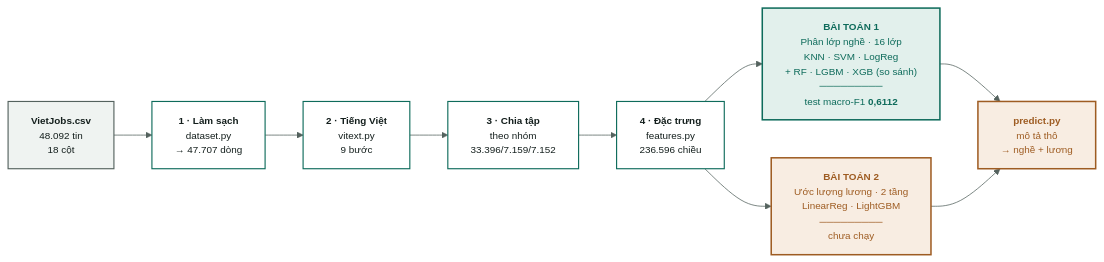
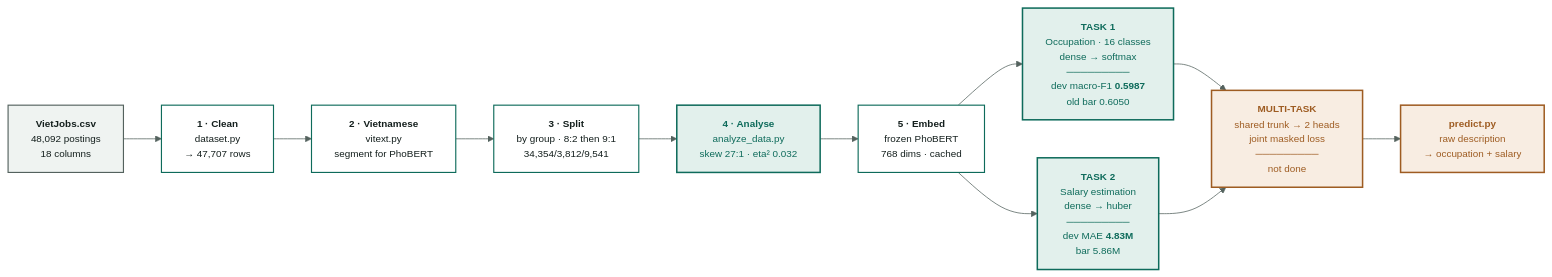
Before and after one commit to boy2407/vietjobs: the diagram in docs/00-tong-quan.md, drawn with Mermaid. The commit also changed other lines of this file and 85 other files, not shown here.

````diff
--- a/docs/00-tong-quan.md
+++ b/docs/00-tong-quan.md
@@ -26,31 +35,34 @@
 ```mermaid
 %%{init:{'theme':'base','themeVariables':{
   'primaryColor':'#EFF3F1','primaryTextColor':'#141F1D','primaryBorderColor':'#54625E',
   'lineColor':'#54625E','fontSize':'13px','fontFamily':'Be Vietnam Pro, Segoe UI, sans-serif',
   'clusterBkg':'#FFFFFF','clusterBorder':'#C3CFCB','edgeLabelBackground':'#FFFFFF',
   'secondaryColor':'#FFFFFF','tertiaryColor':'#FFFFFF','mainBkg':'#FFFFFF',
   'nodeTextColor':'#141F1D','titleColor':'#141F1D'}}}%%
 flowchart LR
     classDef default fill:#FFFFFF,stroke:#54625E,stroke-width:1.5px,color:#141F1D
-    RAW["<b>VietJobs.csv</b><br/>48.092 tin<br/>18 cột"]
-    CLEAN["<b>1 · Làm sạch</b><br/>dataset.py<br/>→ 47.707 dòng"]
-    VI["<b>2 · Tiếng Việt</b><br/>vitext.py<br/>9 bước"]
-    SPLIT["<b>3 · Chia tập</b><br/>theo nhóm<br/>33.396/7.159/7.152"]
-    FEAT["<b>4 · Đặc trưng</b><br/>features.py<br/>236.596 chiều"]
-    A["<b>BÀI TOÁN 1</b><br/>Phân lớp nghề · 16 lớp<br/>KNN · SVM · LogReg<br/>+ RF · LGBM · XGB (so sánh)<br/>─────────<br/>test macro-F1 <b>0,6112</b>"]
-    B["<b>BÀI TOÁN 2</b><br/>Ước lượng lương · 2 tầng<br/>LinearReg · LightGBM<br/>─────────<br/>chưa chạy"]
-    SYS["<b>predict.py</b><br/>mô tả thô<br/>→ nghề + lương"]
+    RAW["<b>VietJobs.csv</b><br/>48,092 postings<br/>18 columns"]
+    CLEAN["<b>1 · Clean</b><br/>dataset.py<br/>→ 47,707 rows"]
+    VI["<b>2 · Vietnamese</b><br/>vitext.py<br/>segment for PhoBERT"]
+    SPLIT["<b>3 · Split</b><br/>by group · 8:2 then 9:1<br/>34,354/3,812/9,541"]
+    EDA["<b>4 · Analyse</b><br/>analyze_data.py<br/>skew 27:1 · eta² 0.032"]
+    ENC["<b>5 · Embed</b><br/>frozen PhoBERT<br/>768 dims · cached"]
+    A["<b>TASK 1</b><br/>Occupation · 16 classes<br/>dense → softmax<br/>─────────<br/>dev macro-F1 <b>0.5987</b><br/>old bar 0.6050"]
+    B["<b>TASK 2</b><br/>Salary estimation<br/>dense → huber<br/>─────────<br/>dev MAE <b>4.83M</b><br/>bar 5.86M"]
+    MT["<b>MULTI-TASK</b><br/>shared trunk → 2 heads<br/>joint masked loss<br/>─────────<br/>not done"]
+    SYS["<b>predict.py</b><br/>raw description<br/>→ occupation + salary"]
 
-    RAW --> CLEAN --> VI --> SPLIT --> FEAT
-    FEAT --> A --> SYS
-    FEAT --> B --> SYS
+    RAW --> CLEAN --> VI --> SPLIT --> EDA --> ENC
+    ENC --> A --> MT
+    ENC --> B --> MT
+    MT --> SYS
 
     classDef done fill:#E2F0EC,stroke:#0E6B5B,stroke-width:2px,color:#0E6B5B
     classDef todo fill:#F8EDE2,stroke:#9E5C22,stroke-width:2px,color:#9E5C22
     classDef ok fill:#FFFFFF,stroke:#0E6B5B,stroke-width:1.5px,color:#141F1D
     classDef data fill:#EFF3F1,stroke:#54625E,stroke-width:1.5px,color:#141F1D
     class RAW data
-    class CLEAN,VI,SPLIT,FEAT ok
-    class A done
-    class B,SYS todo
+    class CLEAN,VI,SPLIT,ENC ok
+    class EDA,A,B done
+    class MT,SYS todo
 ```
````
